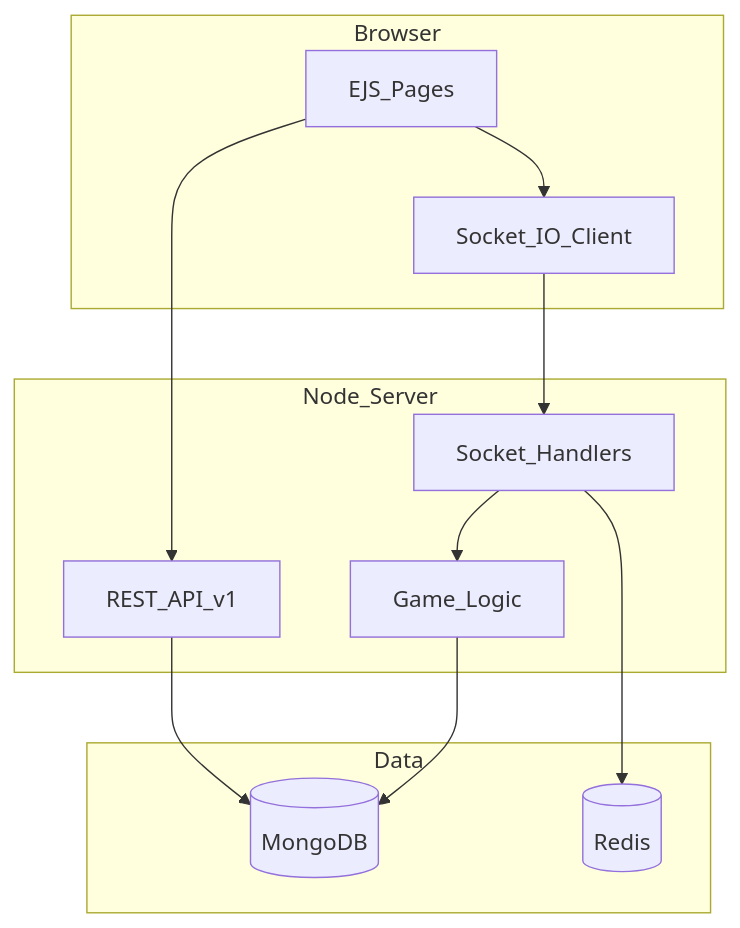
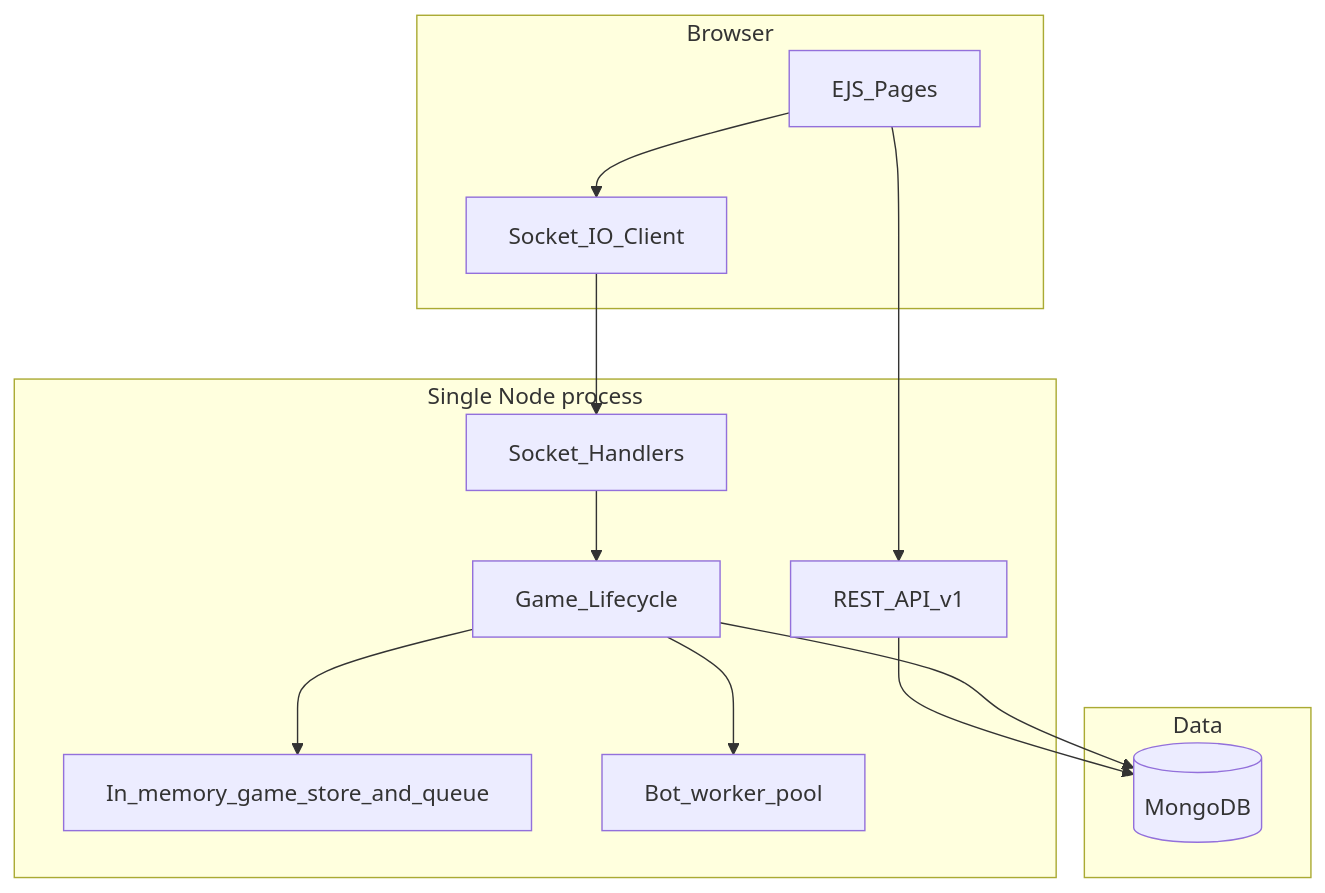
One commit to Sheersh01/chess-ejs changed the diagram in README.md. Above: the diagram before and after it, drawn with Mermaid. The commit also changed other lines of this file and 68 other files, not shown here.

First line of the commit message:
fix: harden game lifecycle, ratings, bot, clocks, security and ops

````diff
--- a/README.md
+++ b/README.md
@@ -29,23 +35,22 @@
 ```mermaid
 flowchart TB
   subgraph client [Browser]
     UI[EJS_Pages]
     SocketC[Socket_IO_Client]
   end
-  subgraph server [Node_Server]
+  subgraph server [Single Node process]
     API[REST_API_v1]
     Socket[Socket_Handlers]
-    Game[Game_Logic]
+    Lifecycle[Game_Lifecycle]
+    Store[In_memory_game_store_and_queue]
+    Bots[Bot_worker_pool]
   end
   subgraph data [Data]
     Mongo[(MongoDB)]
-    Redis[(Redis)]
   end
-  UI --> SocketC
-  SocketC --> Socket
-  UI --> API
-  API --> Mongo
-  Socket --> Game
-  Game --> Mongo
-  Socket --> Redis
+  UI --> SocketC --> Socket
+  UI --> API --> Mongo
+  Socket --> Lifecycle --> Store
+  Lifecycle --> Mongo
+  Lifecycle --> Bots
 ```
````
